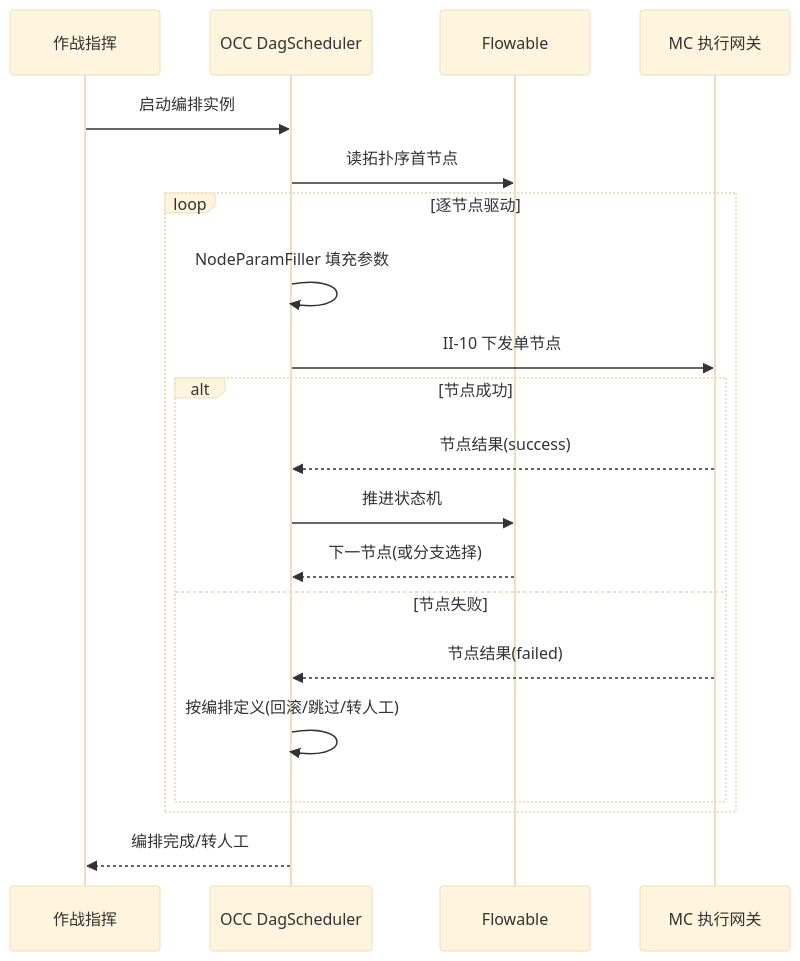
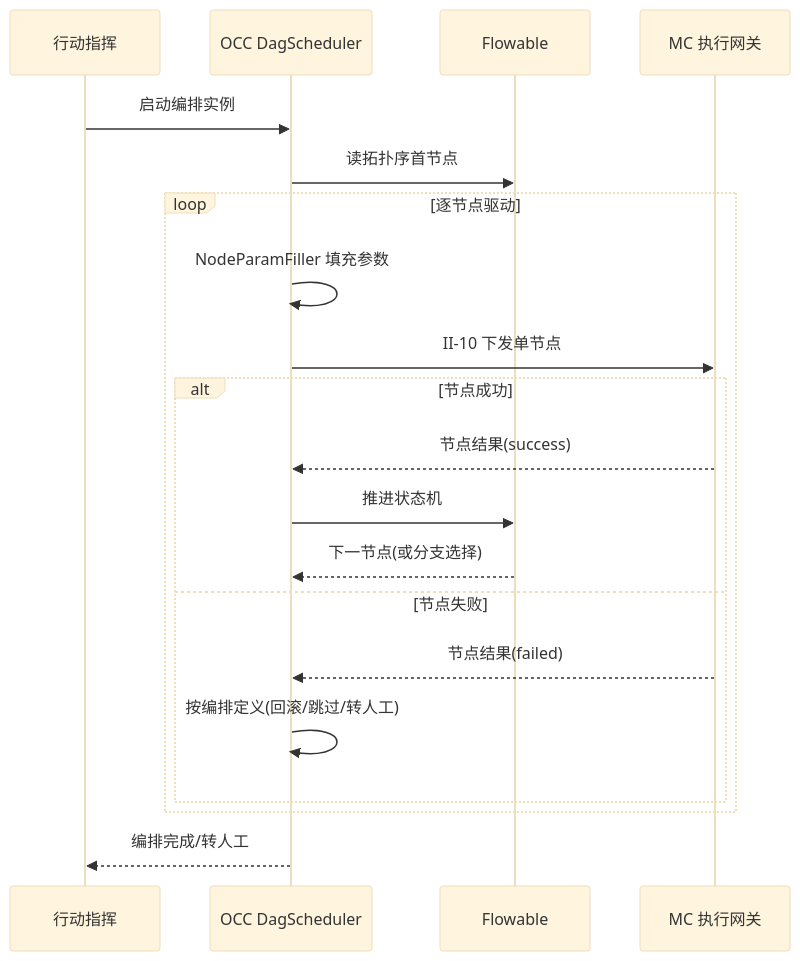
One commit to Sj-g/obsidian changed the eighth of 15 diagrams in 公司项目/认知作战/文档/软件详细设计说明-OCC子系统.md. Above: the diagram before and after it, drawn with Mermaid (base theme). The commit also changed other lines of this file and 10 other files, not shown here.

````diff
--- a/公司项目/认知作战/文档/软件详细设计说明-OCC子系统.md
+++ b/公司项目/认知作战/文档/软件详细设计说明-OCC子系统.md
@@ -640,22 +640,22 @@
 ```mermaid
 sequenceDiagram
-    participant U as 作战指挥
+    participant U as 行动指挥
     participant OCC as OCC DagScheduler
     participant FL as Flowable
     participant GW as MC 执行网关
     U->>OCC: 启动编排实例
     OCC->>FL: 读拓扑序首节点
     loop 逐节点驱动
         OCC->>OCC: NodeParamFiller 填充参数
         OCC->>GW: II-10 下发单节点
         alt 节点成功
             GW-->>OCC: 节点结果(success)
             OCC->>FL: 推进状态机
             FL-->>OCC: 下一节点(或分支选择)
         else 节点失败
             GW-->>OCC: 节点结果(failed)
             OCC->>OCC: 按编排定义(回滚/跳过/转人工)
         end
     end
     OCC-->>U: 编排完成/转人工
 ```
````
